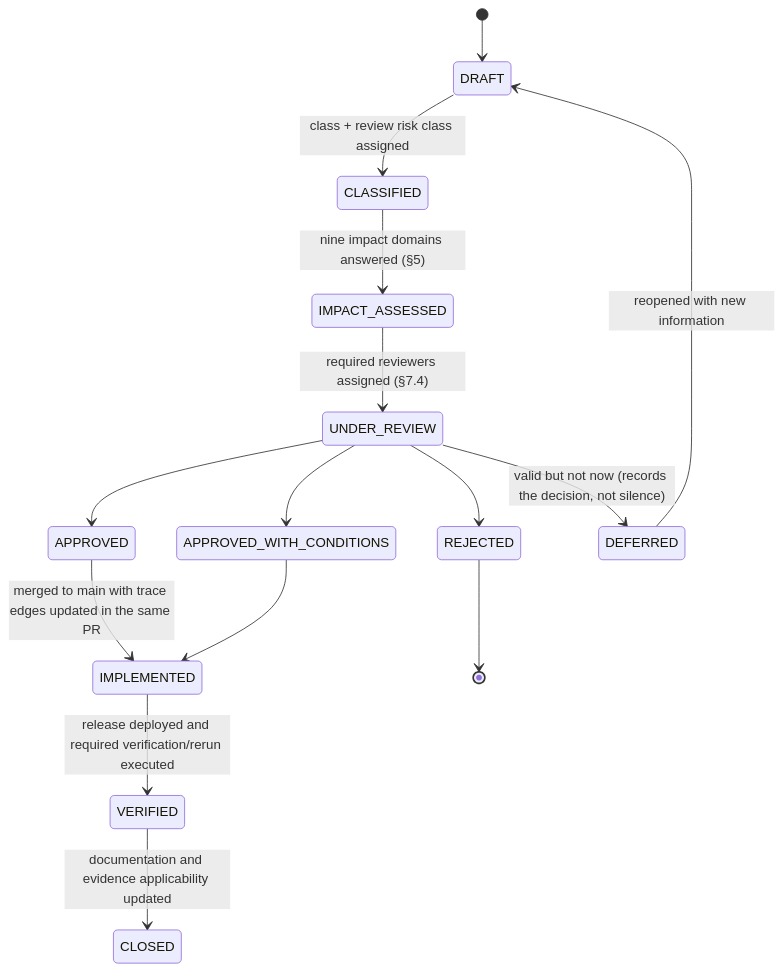
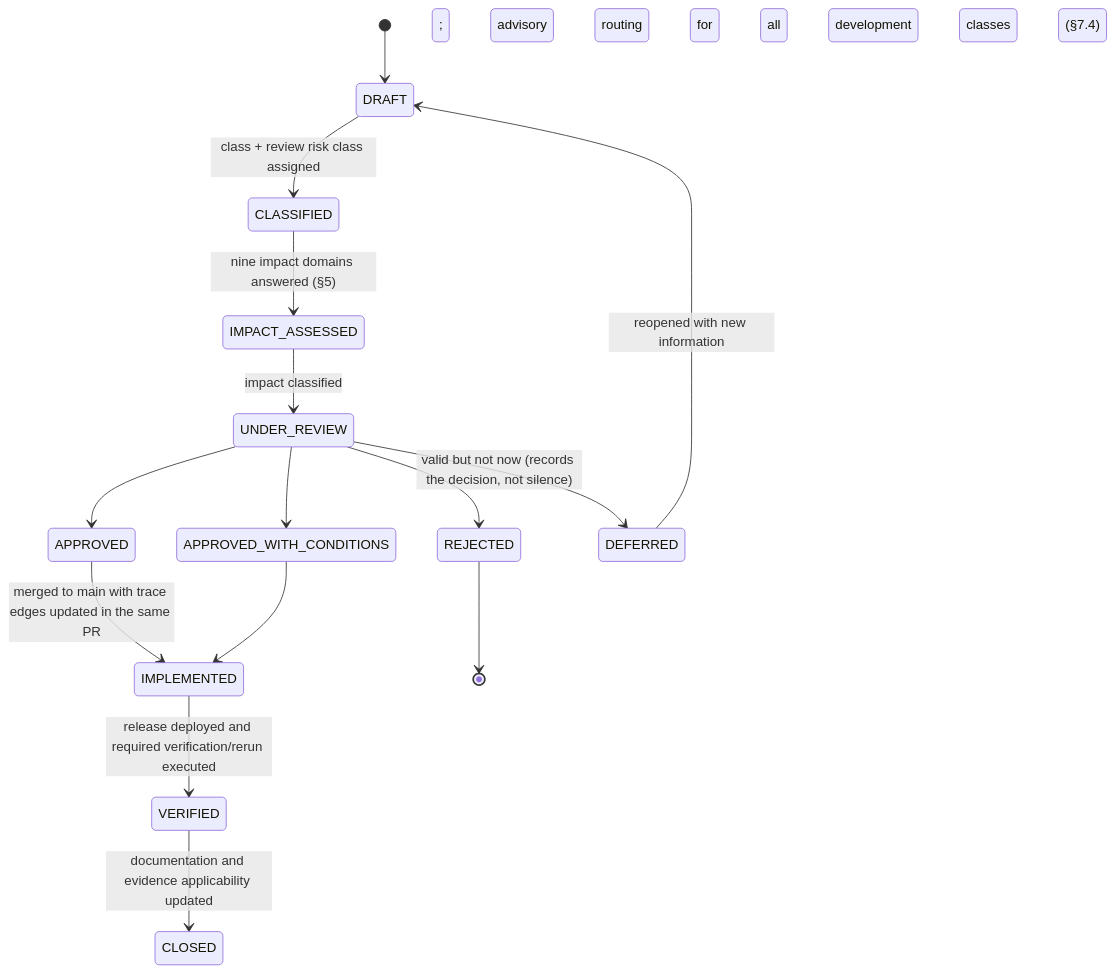
Before and after one commit to Asperant/critical-aerospace-manufacturing: the second of 3 diagrams in docs/09_Change_Control_Process.md, drawn with Mermaid. The commit also changed other lines of this file and 48 other files, not shown here.

Commit message:
[CTRL-HOST-003] Apply CHG-018 advisory-only development review policy

````diff
--- a/docs/09_Change_Control_Process.md
+++ b/docs/09_Change_Control_Process.md
@@ -391,17 +391,17 @@
 ```mermaid
 stateDiagram-v2
   [*] --> DRAFT
   DRAFT --> CLASSIFIED: class + review risk class assigned
   CLASSIFIED --> IMPACT_ASSESSED: nine impact domains answered (§5)
-  IMPACT_ASSESSED --> UNDER_REVIEW: required reviewers assigned (§7.4)
+  IMPACT_ASSESSED --> UNDER_REVIEW: impact classified; advisory routing for all development classes (§7.4)
   UNDER_REVIEW --> APPROVED
   UNDER_REVIEW --> APPROVED_WITH_CONDITIONS
   UNDER_REVIEW --> REJECTED
   UNDER_REVIEW --> DEFERRED: valid but not now (records the decision, not silence)
   APPROVED --> IMPLEMENTED: merged to main with trace edges updated in the same PR
   APPROVED_WITH_CONDITIONS --> IMPLEMENTED
   IMPLEMENTED --> VERIFIED: release deployed and required verification/rerun executed
   VERIFIED --> CLOSED: documentation and evidence applicability updated
   REJECTED --> [*]
   DEFERRED --> DRAFT: reopened with new information
 ```
````
